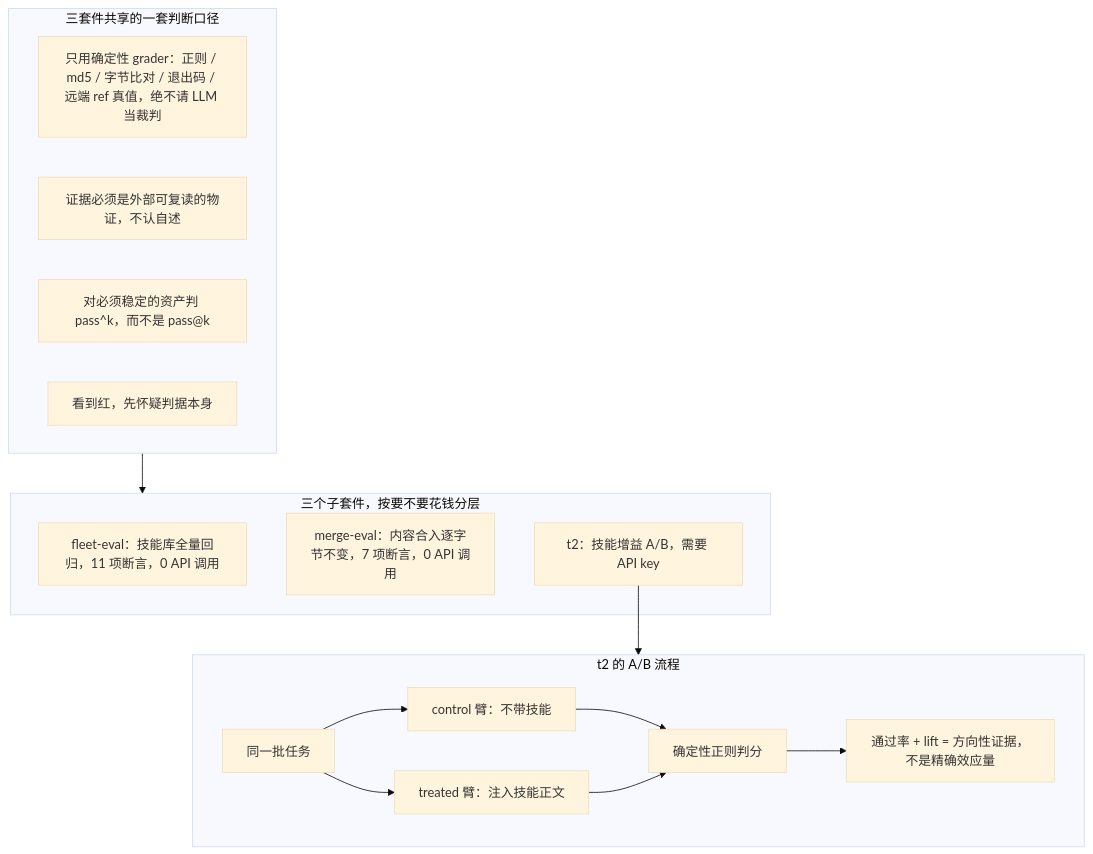
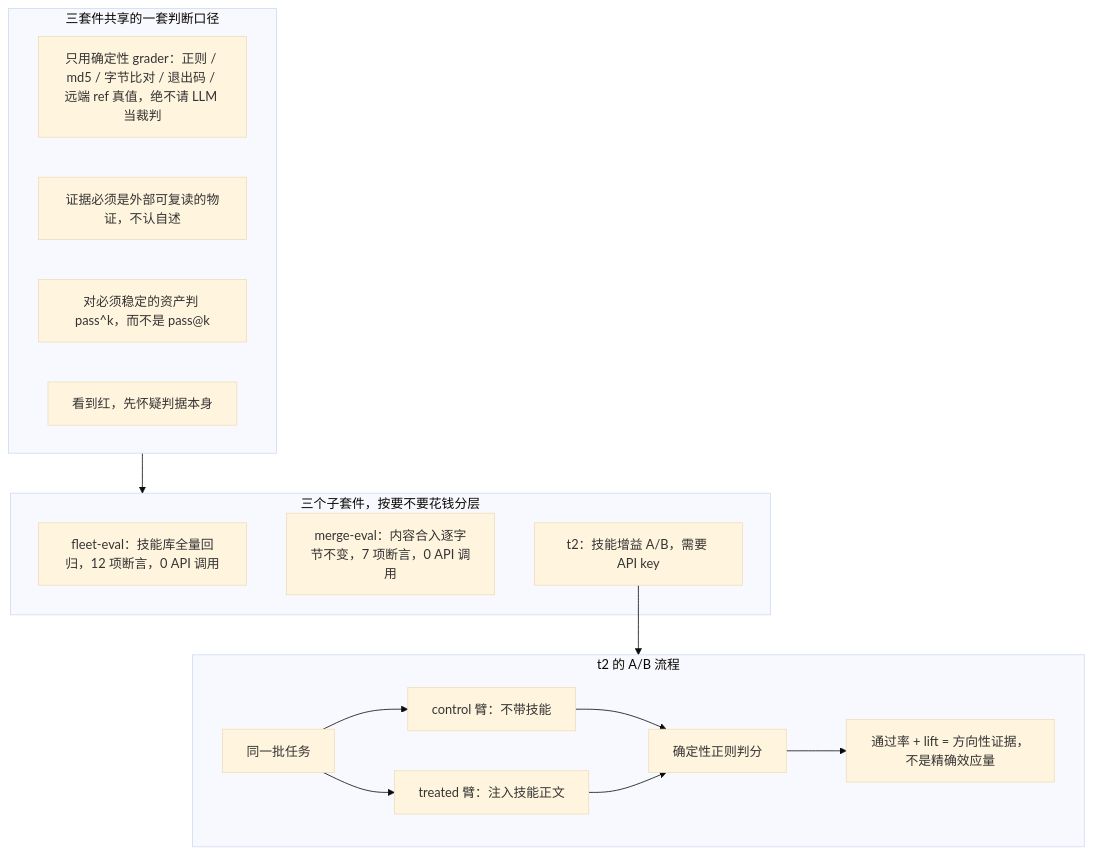
The diagram in README.zh-CN.md (kumu314/agent-evals), drawn with Mermaid (base theme) before and after one commit. The commit also changed other lines of this file and 27 other files, not shown here.

````diff
--- a/README.zh-CN.md
+++ b/README.zh-CN.md
@@ -47,27 +47,27 @@
 ```mermaid
 flowchart TB
   subgraph PR["三套件共享的一套判断口径"]
     P1["只用确定性 grader：正则 / md5 / 字节比对 / 退出码 / 远端 ref 真值，绝不请 LLM 当裁判"]
     P2["证据必须是外部可复读的物证，不认自述"]
     P3["对必须稳定的资产判 pass^k，而不是 pass@k"]
     P4["看到红，先怀疑判据本身"]
   end
 
   subgraph SU["三个子套件，按要不要花钱分层"]
-    F["fleet-eval：技能库全量回归，11 项断言，0 API 调用"]
+    F["fleet-eval：技能库全量回归，12 项断言，0 API 调用"]
     M["merge-eval：内容合入逐字节不变，7 项断言，0 API 调用"]
     T["t2：技能增益 A/B，需要 API key"]
   end
 
   PR --> SU
 
   subgraph AB["t2 的 A/B 流程"]
     A["同一批任务"] --> B["control 臂：不带技能"]
     A --> C["treated 臂：注入技能正文"]
     B --> G["确定性正则判分"]
     C --> G
     G --> L["通过率 + lift = 方向性证据，不是精确效应量"]
   end
 
   T --> AB
 ```
````
